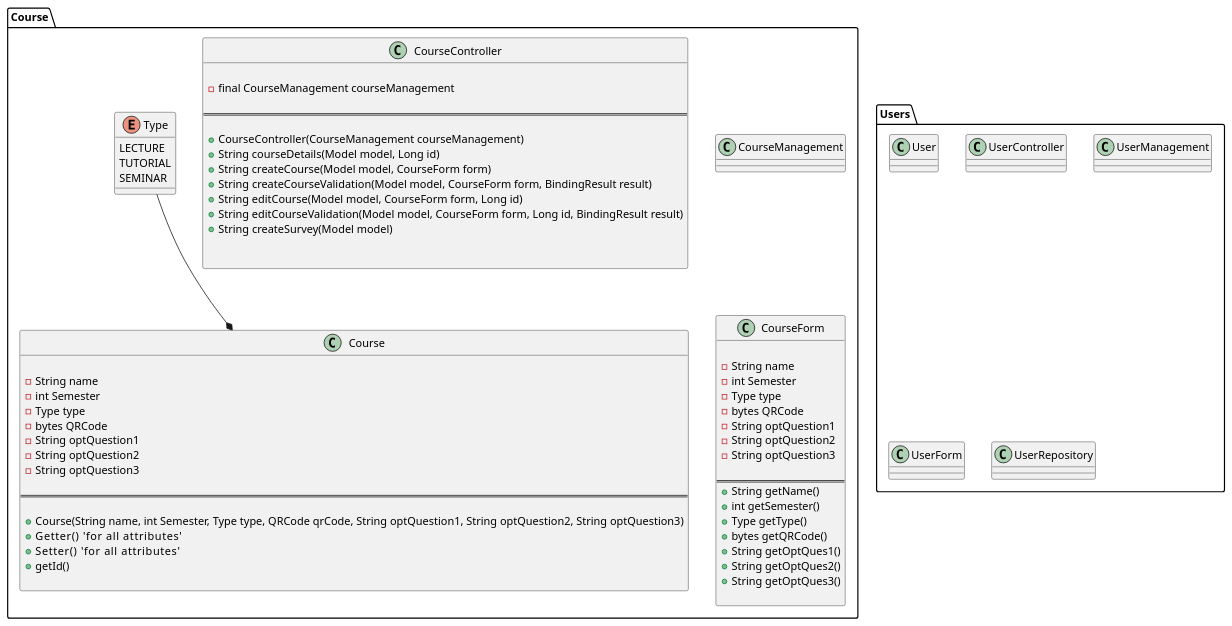
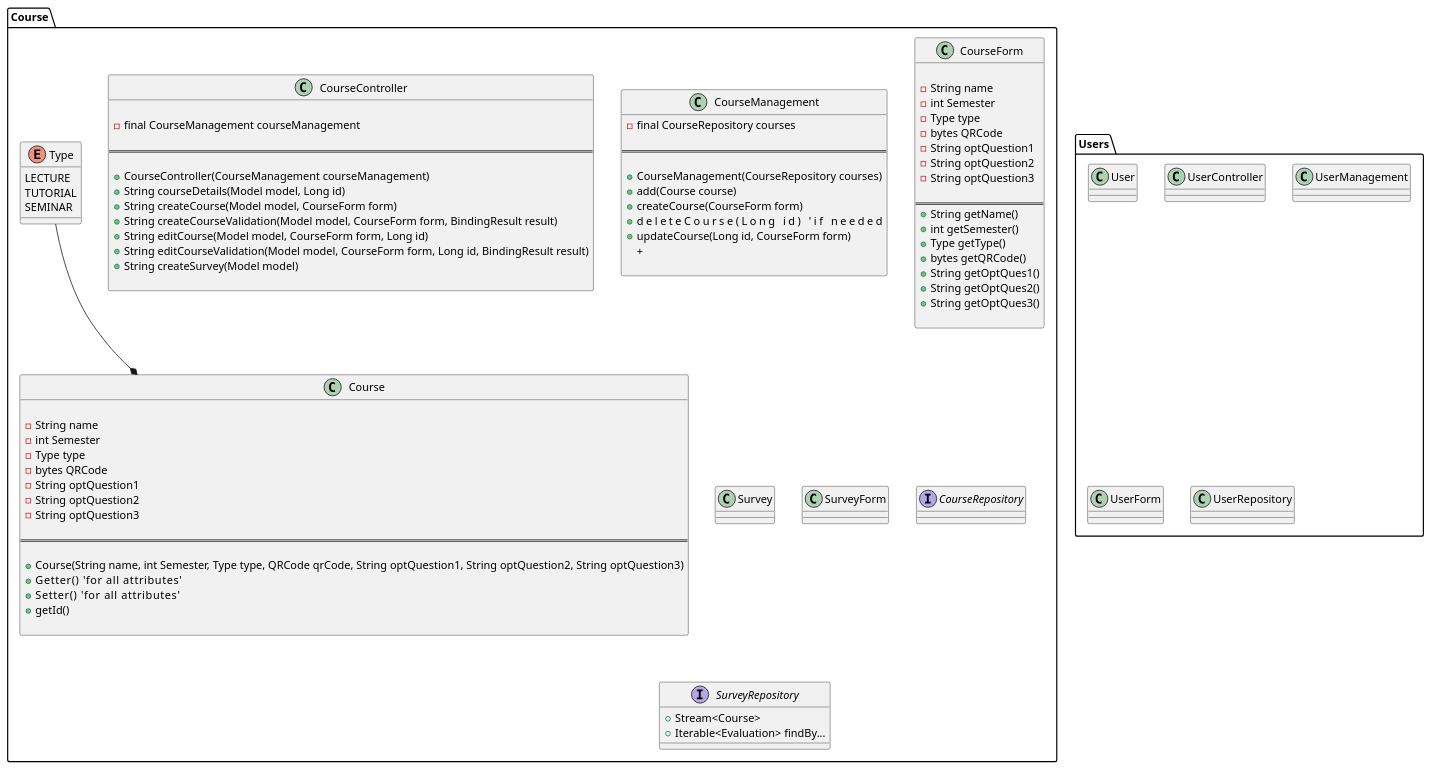
The diagram in src/main/documentation/diagrams/src/architecture_overview.wsd (Elocien/QOVA), drawn with PlantUML before and after one commit.

Commit message:
More UML

```diff
--- a/src/main/documentation/diagrams/src/architecture_overview.wsd
+++ b/src/main/documentation/diagrams/src/architecture_overview.wsd
@@ -5,107 +5,156 @@
 @startuml qovaArchitecture 
 
 package Course{
 
     class Course{
 
         - String name
         - int Semester
         - Type type
         - bytes QRCode
         - String optQuestion1
         - String optQuestion2
         - String optQuestion3
 
 ==
 
         'Constructor'
         + Course(String name, int Semester, Type type, QRCode qrCode, String optQuestion1, String optQuestion2, String optQuestion3)
         + Getter()       'for all attributes' 
         + Setter()       'for all attributes' 
         + getId()
 
     }
 
+
+
+
+
     class CourseController{
        
         - final CourseManagement courseManagement
 
 ==
 
+            'Constructor'
         + CourseController(CourseManagement courseManagement) 
+            'GetMapping method'
         + String courseDetails(Model model, Long id)
             'GetMapping method'
         + String createCourse(Model model, CourseForm form)         
             'PostMapping method to verify user input'                            
         + String createCourseValidation(Model model, CourseForm form, BindingResult result)
             'GetMapping method'
         + String editCourse(Model model, CourseForm form, Long id)
             'PostMapping method to validate user input'
         + String editCourseValidation(Model model, CourseForm form, Long id, BindingResult result)
-            'GetMapping method'
+            'GetMapping method. Survey wird allein anhand lehrveranstaltung kreiert. QR code übergibt nur 
+            'lehrveranstaltug.
         +String createSurvey(Model model)
-
 
     }
 
+
+
+
+
     class CourseManagement{
+        - final CourseRepository courses
+
+==
+
+        + CourseManagement(CourseRepository courses)
+        + add(Course course)
+        + createCourse(CourseForm form)
+        + deleteCourse(Long id)                             'if needed
+        + updateCourse(Long id, CourseForm form)
+        + 
 
     }
 
-    class CourseForm{
-        
+
+
+
+    class CourseForm {
+    
         - String name
         - int Semester
         - Type type
         - bytes QRCode
         - String optQuestion1
         - String optQuestion2
         - String optQuestion3
 
 ==
         + String getName()
         + int getSemester()
         + Type getType()
         + bytes getQRCode()
         + String getOptQues1()
         + String getOptQues2()
         + String getOptQues3()
 
     }
 
+    class Survey {
+        'Not sure how to do this yet. Does this need the course and seperatly the optQuestions as 
+        'attributes? optQuestion can be asserted based on Course, but for the purposes of the DataForm 
+        'and repository these might need to be attributes. The other criteria i.e. the 5 questions that
+        'are standard might also have to be attributes, so that they can be saved correctly
+    }
+
+    class SurveyForm {
+        'All survey attributes'
+    }
+
+    interface CourseRepository {
+        'if filtern is necessary, methods are added here'
+    }
+
+    interface SurveyRepository {
+        'All findBy methods are added here. Will have to see how they want this filtered
+        
+        + Stream<Course>
+        + Iterable<Evaluation> findBy...
+
+
+    }
+
     enum Type {
         LECTURE
         TUTORIAL
         SEMINAR
     }
 
 
     'Relations'
     Type --* Course
 
 
 }
 
+
+'User Package. Need to think about security and so forth
 package Users{
     class User{
 
     }
 
     class UserController{
 
     }
 
     class UserManagement{
 
     }
 
     class UserForm{
 
     }
 
     class UserRepository{
 
     }
 }
 
 @enduml
```
